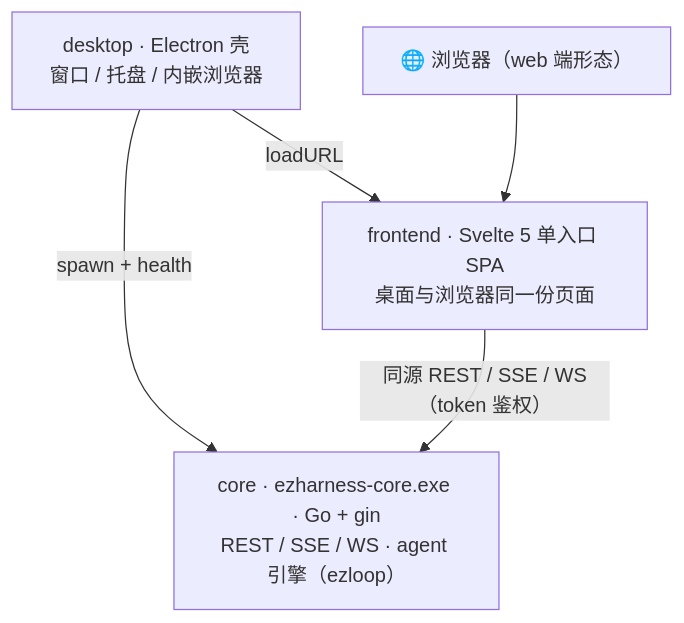
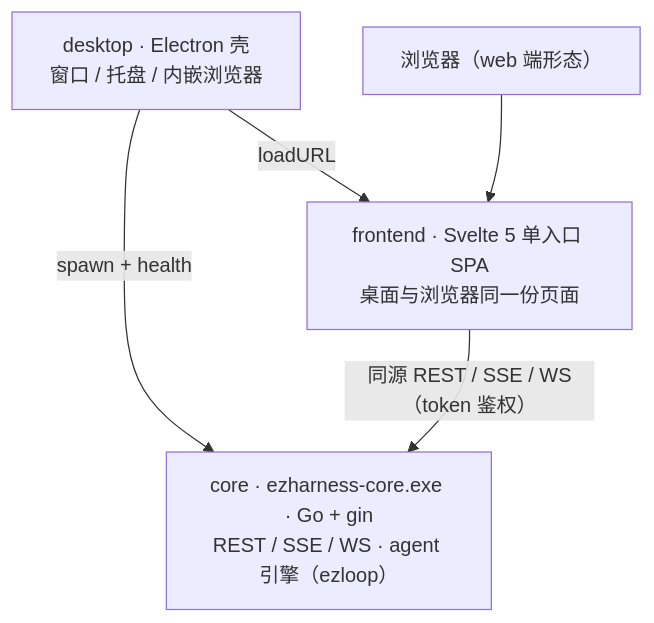
The diagram in README.md (JcEvoX/EzHarnesS), drawn with Mermaid before and after one commit. The commit also changed other lines of this file, not shown here.

````diff
--- a/README.md
+++ b/README.md
@@ -99,10 +96,10 @@
 ```mermaid
 flowchart TB
     DESK["desktop · Electron 壳<br/>窗口 / 托盘 / 内嵌浏览器"] -- "spawn + health" --> CORE
     CORE["core · ezharness-core.exe · Go + gin<br/>REST / SSE / WS · agent 引擎（ezloop）"]
     FE["frontend · Svelte 5 单入口 SPA<br/>桌面与浏览器同一份页面"]
-    WEB["🌐 浏览器（web 端形态）"]
+    WEB["浏览器（web 端形态）"]
     DESK -- "loadURL" --> FE
     WEB --> FE
     FE -- "同源 REST / SSE / WS（token 鉴权）" --> CORE
 ```
````
